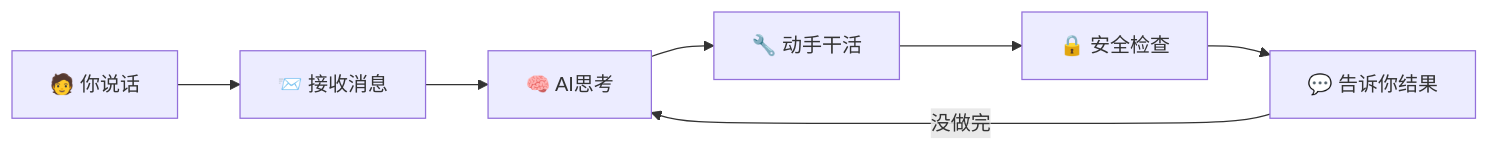
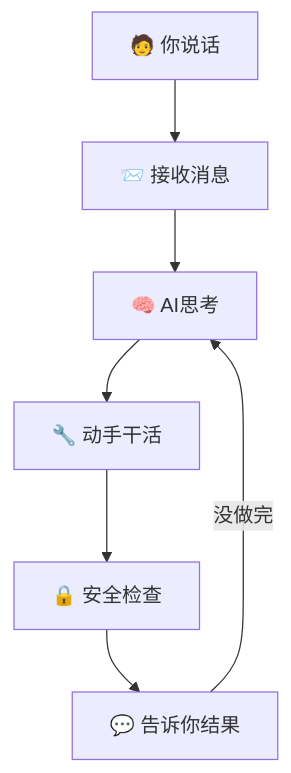
Before and after one commit to WSbaikaishui/claude-code-source-code: the second of 6 diagrams in docs/architecture/00-visual-guide-simple.md, drawn with Mermaid. The commit also changed 73 other files, not shown here.

First line of the commit message:
Fix all Mermaid diagrams: restore semantics + fix dimensions

````diff
--- a/docs/architecture/00-visual-guide-simple.md
+++ b/docs/architecture/00-visual-guide-simple.md
@@ -29,9 +29,9 @@
 ```mermaid
-graph LR
+graph TD
     A["🧑 你说话"] --> B["📨 接收消息"]
     B --> C["🧠 AI思考"]
     C --> D["🔧 动手干活"]
     D --> E["🔒 安全检查"]
     E --> F["💬 告诉你结果"]
     F -->|没做完| C
 ```
````
